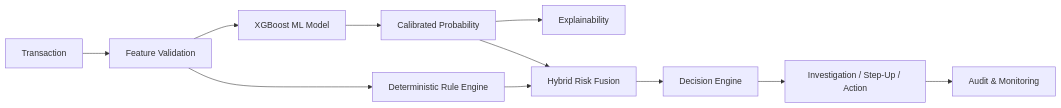
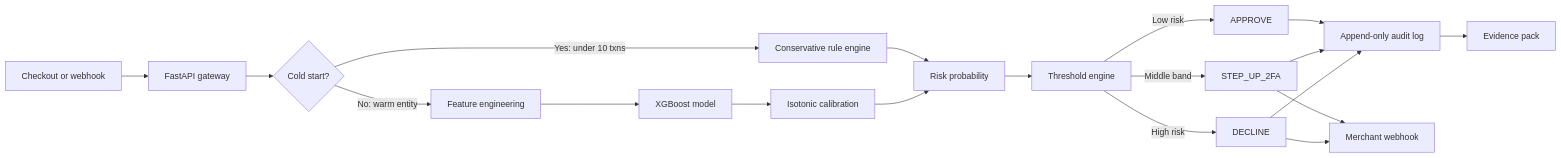
Before and after one commit to SudarshanSingh1/RazorBrain: the first of 2 diagrams in README.md, drawn with Mermaid. The commit also changed other lines of this file and 1 other file, not shown here.

````diff
--- a/README.md
+++ b/README.md
@@ -53,13 +85,21 @@
 ```mermaid
 flowchart LR
-  A[Transaction] --> B[Feature Validation]
-  B --> C[XGBoost ML Model]
-  C --> D[Calibrated Probability]
-  D --> E[Explainability]
-  B --> F[Deterministic Rule Engine]
-  D --> G[Hybrid Risk Fusion]
-  F --> G
-  G --> H[Decision Engine]
-  H --> I[Investigation / Step-Up / Action]
-  I --> J[Audit & Monitoring]
+  A[Checkout or webhook] --> B[FastAPI gateway]
+  B --> C{Cold start?}
+  C -->|Yes: under 10 txns| D[Conservative rule engine]
+  C -->|No: warm entity| E[Feature engineering]
+  E --> F[XGBoost model]
+  F --> G[Isotonic calibration]
+  D --> H[Risk probability]
+  G --> H
+  H --> I[Threshold engine]
+  I -->|Low risk| J[APPROVE]
+  I -->|Middle band| K[STEP_UP_2FA]
+  I -->|High risk| L[DECLINE]
+  J --> M[Append-only audit log]
+  K --> M
+  L --> M
+  K --> N[Merchant webhook]
+  L --> N
+  M --> O[Evidence pack]
 ```
````
